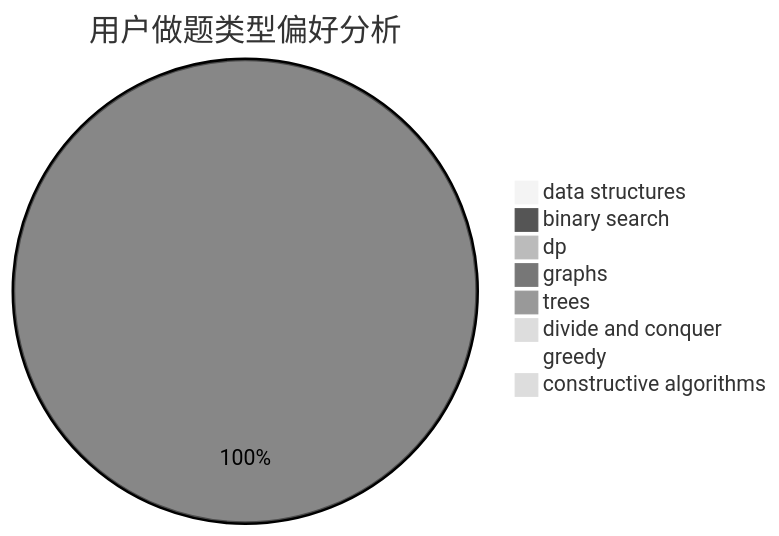
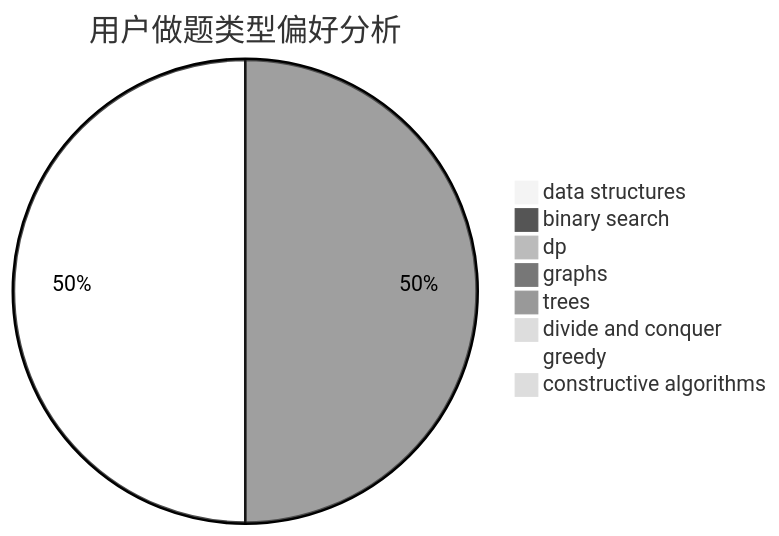
One commit to sherpahu/cfrs.github.io changed the second of 3 diagrams in docs/user/u1435.md. Above: the diagram before and after it, drawn with Mermaid (neutral theme). The commit also changed other lines of this file and 2770 other files, not shown here.

````diff
--- a/docs/user/u1435.md
+++ b/docs/user/u1435.md
@@ -23,11 +23,11 @@
 ```mermaid
 pie title 用户做题类型偏好分析
     "data structures" :  0
-    "binary search" :  2
+    "binary search" :  0
     "dp" :  0
-    "graphs" :  0
+    "graphs" :  7
     "trees" :  0
     "divide and conquer" :  0
-    "greedy" :  0
+    "greedy" :  7
     "constructive algorithms" :  0
 ```
````
